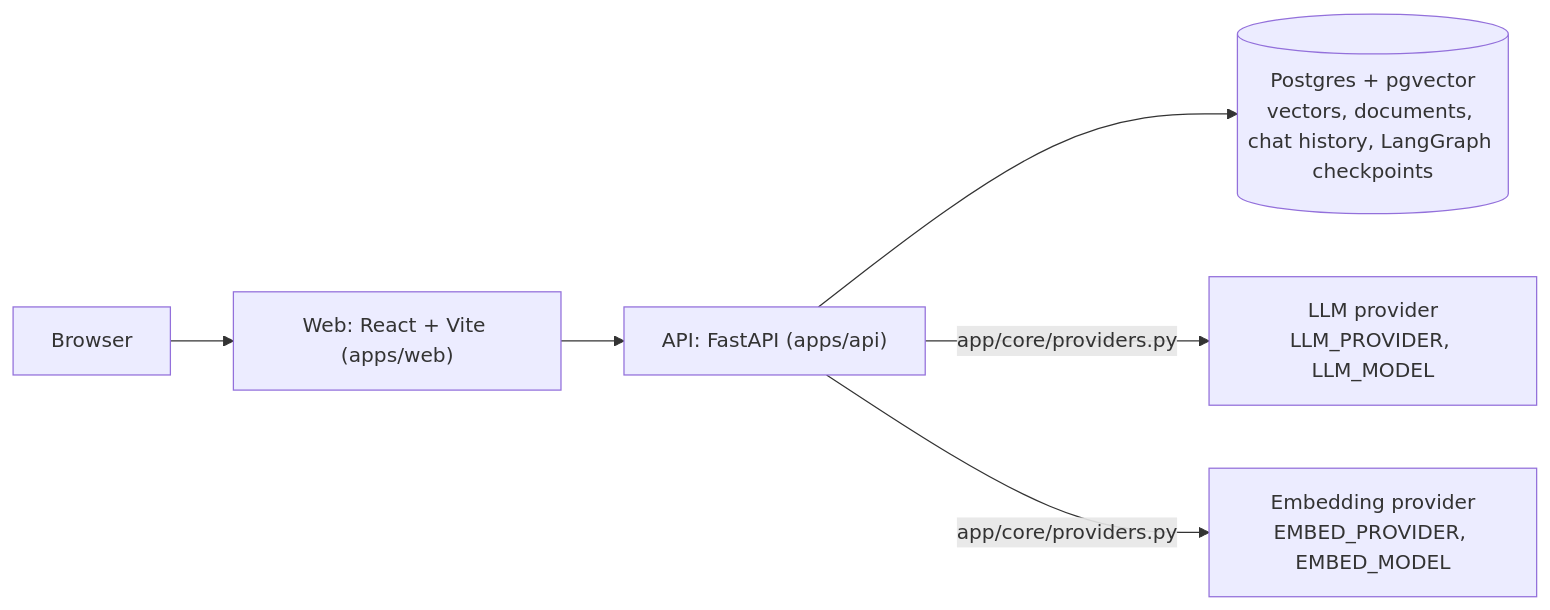
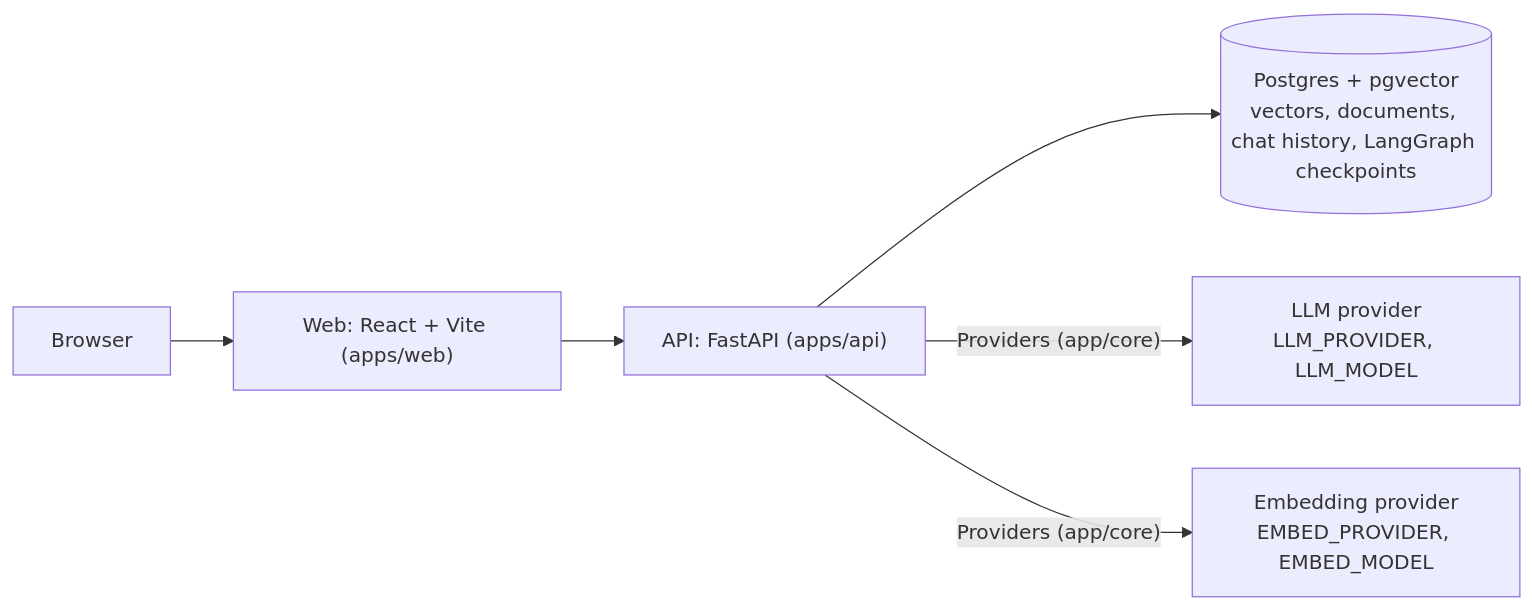
Before and after one commit to JosephSuyam/ragidy: the first of 4 diagrams in docs/architecture/diagrams.md, drawn with Mermaid. The commit also changed other lines of this file and 1 other file, not shown here.

Commit message:
docs(docs): show backend folders in diagrams

````diff
--- a/docs/architecture/diagrams.md
+++ b/docs/architecture/diagrams.md
@@ -7,8 +7,8 @@
 ```mermaid
 flowchart LR
   browser["Browser"] --> web["Web: React + Vite (apps/web)"]
   web --> api["API: FastAPI (apps/api)"]
   api --> db[("Postgres + pgvector<br/>vectors, documents, chat history, LangGraph checkpoints")]
-  api -->|"app/core/providers.py"| llm["LLM provider<br/>LLM_PROVIDER, LLM_MODEL"]
-  api -->|"app/core/providers.py"| emb["Embedding provider<br/>EMBED_PROVIDER, EMBED_MODEL"]
+  api -->|"Providers (app/core)"| llm["LLM provider<br/>LLM_PROVIDER, LLM_MODEL"]
+  api -->|"Providers (app/core)"| emb["Embedding provider<br/>EMBED_PROVIDER, EMBED_MODEL"]
 ```
````
